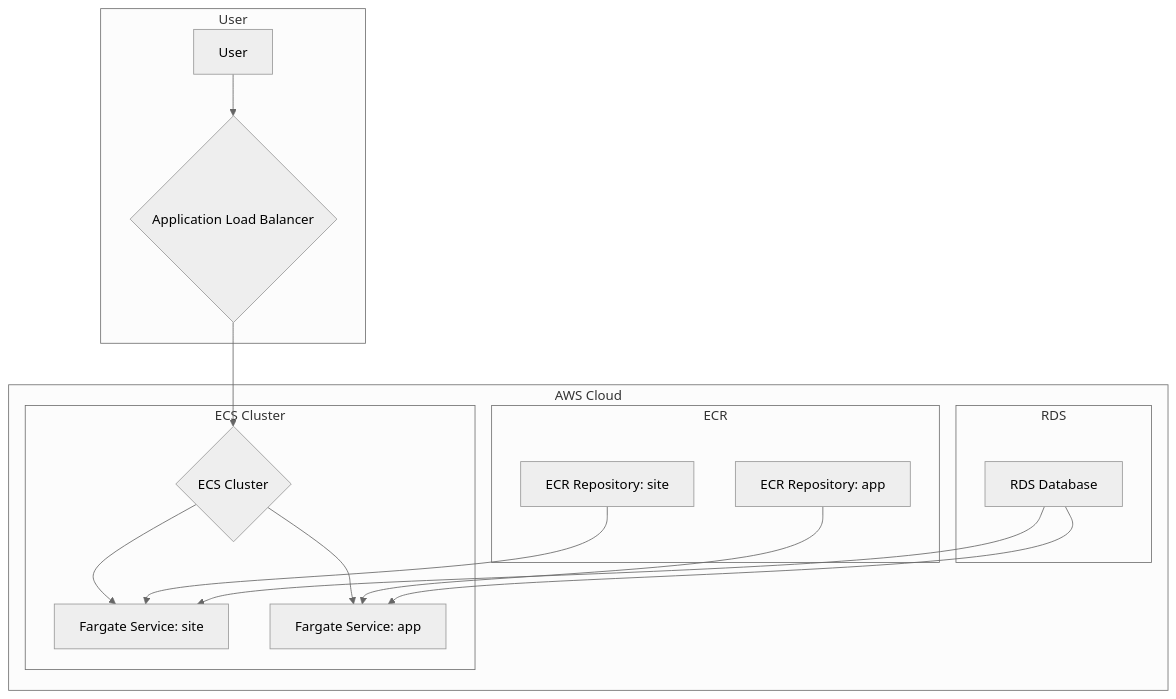
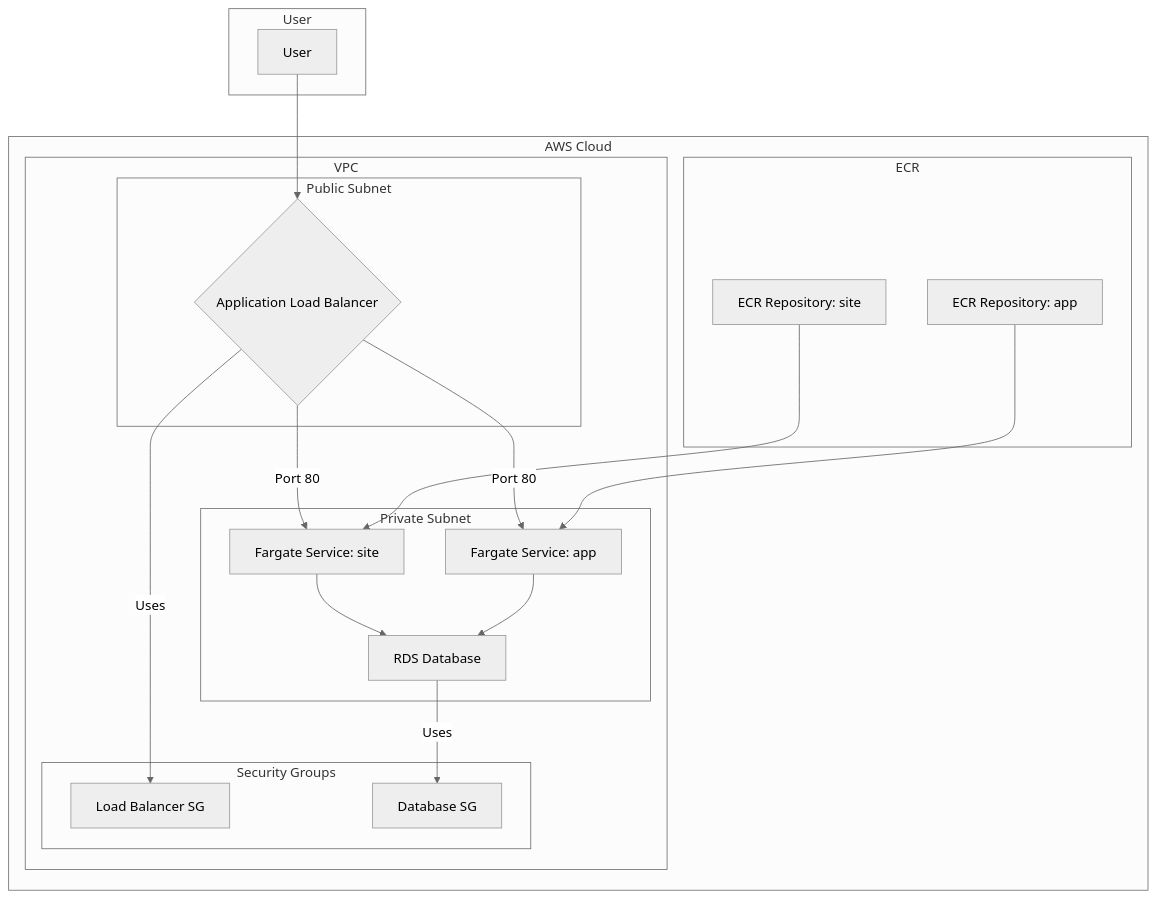
Before and after one commit to RizaHKhan/fargate-practice: the diagram in ARCHITECTURE.md, drawn with Mermaid (neutral theme).

````diff
--- a/ARCHITECTURE.md
+++ b/ARCHITECTURE.md
@@ -1,25 +1,43 @@
 ```mermaid
 graph TD
     subgraph "User"
-        A[User] --> B{Application Load Balancer}
+        A[User]
     end
 
     subgraph "AWS Cloud"
-        B --> C{ECS Cluster}
+        subgraph "VPC"
+            subgraph "Public Subnet"
+                B{Application Load Balancer}
+            end
 
-        subgraph "ECS Cluster"
-            C --> D[Fargate Service: site]
-            C --> E[Fargate Service: app]
+            subgraph "Private Subnet"
+                C[Fargate Service: site]
+                D[Fargate Service: app]
+                E[RDS Database]
+            end
+
+            subgraph "Security Groups"
+                SG_LB[Load Balancer SG]
+                SG_DB[Database SG]
+            end
         end
 
         subgraph "ECR"
-            F[ECR Repository: site] --> D
-            G[ECR Repository: app] --> E
-        end
-
-        subgraph "RDS"
-            H[RDS Database] --> D
-            H --> E
+            F[ECR Repository: site]
+            G[ECR Repository: app]
         end
     end
+
+    A --> B
+    B -- Port 80 --> C
+    B -- Port 80 --> D
+
+    C --> E
+    D --> E
+
+    F --> C
+    G --> D
+
+    B -- Uses --> SG_LB
+    E -- Uses --> SG_DB
 ```
````
